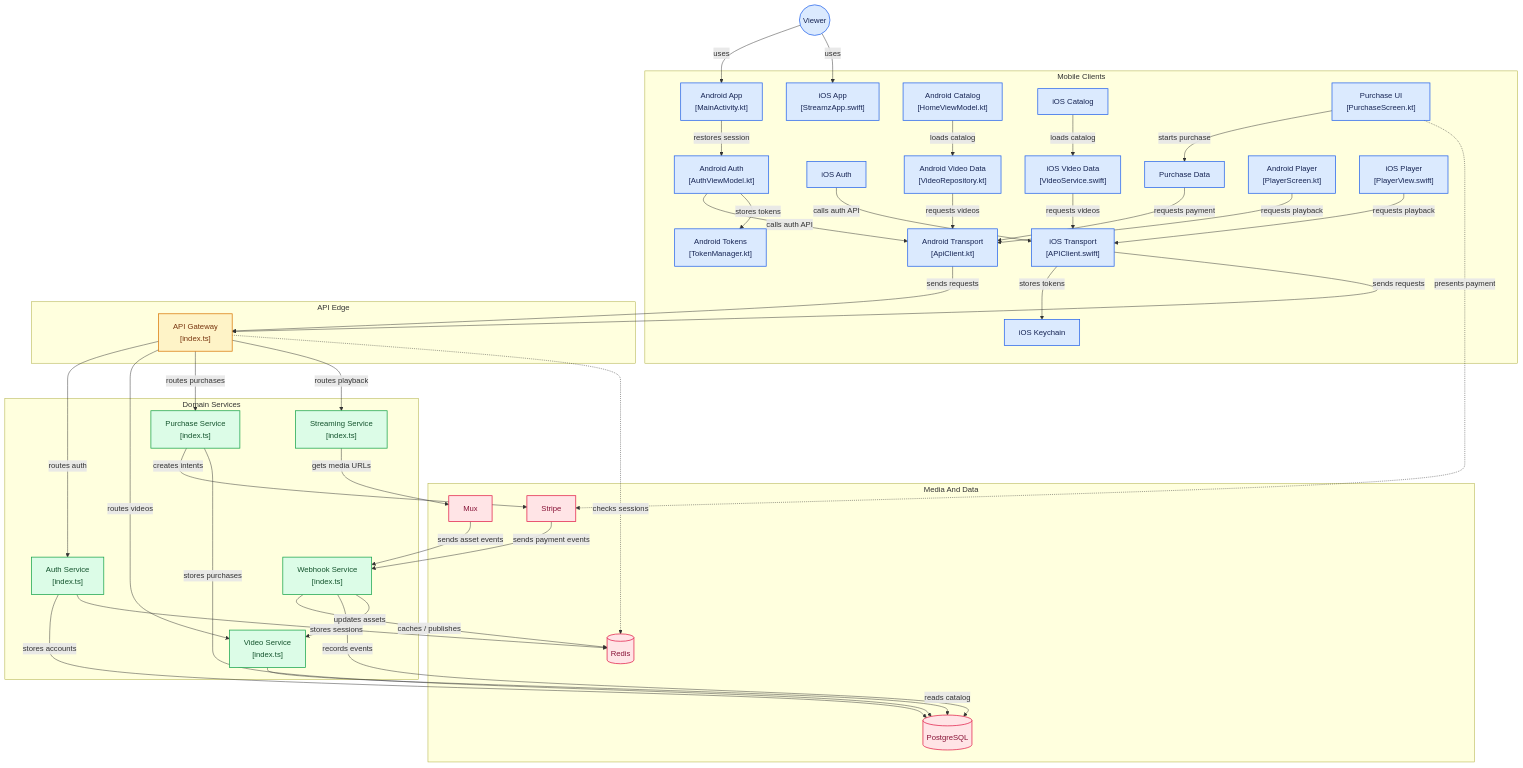
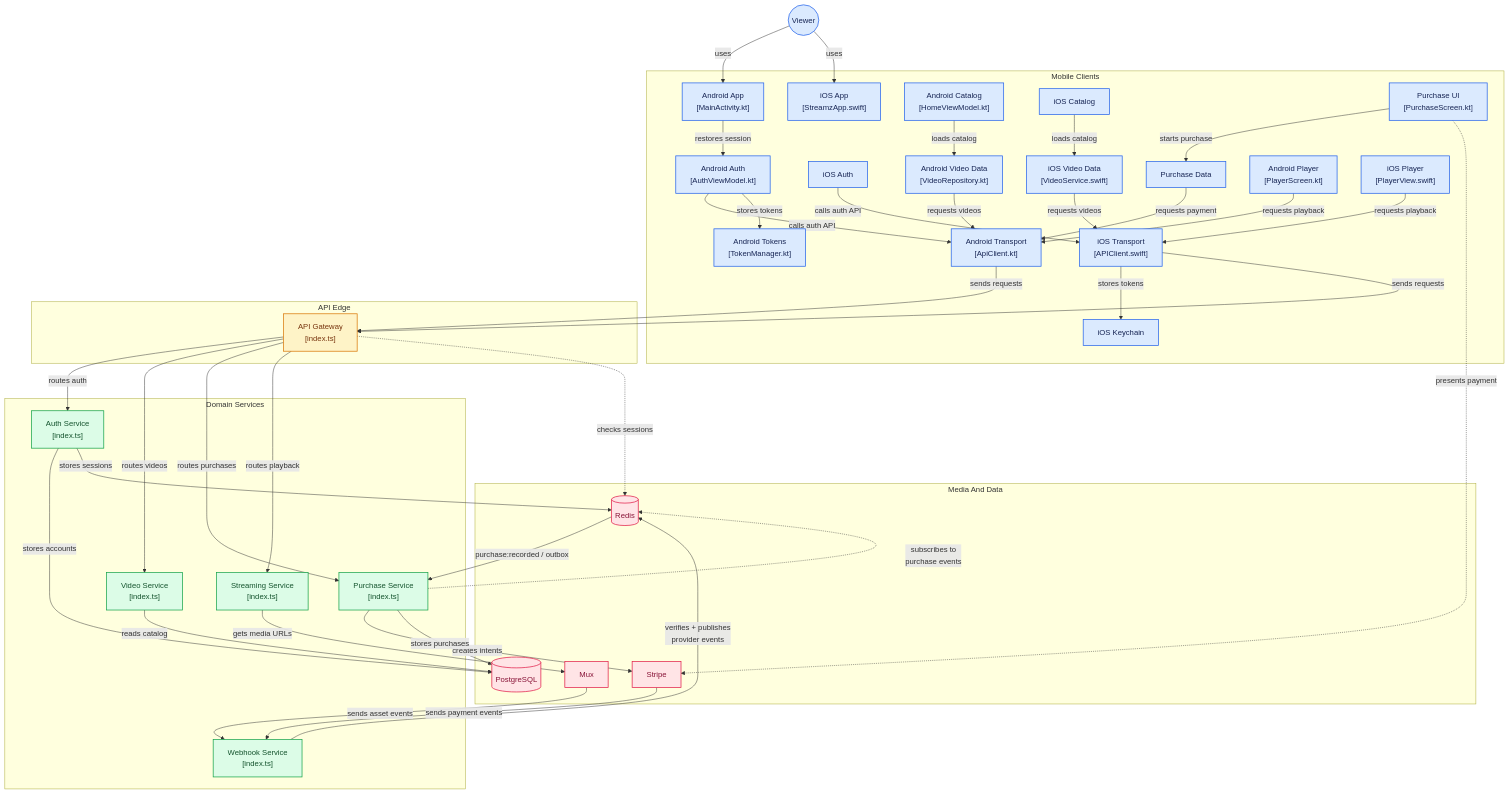
Before and after one commit to ogc16/streamz: the diagram in README.md, drawn with Mermaid. The commit also changed other lines of this file and 35 other files, not shown here.

```diff
--- a/README.md
+++ b/README.md
@@ -94,11 +94,11 @@
 node_purchase_service -->|"creates intents"| node_stripe
 node_purchase_service -->|"stores purchases"| node_postgres
 node_streaming_service -->|"gets media URLs"| node_mux
-node_webhook_service -->|"caches / publishes"| node_redis
+node_webhook_service -->|"verifies + publishes<br/>provider events"| node_redis
 node_stripe -->|"sends payment events"| node_webhook_service
 node_mux -->|"sends asset events"| node_webhook_service
-node_webhook_service -->|"records events"| node_postgres
-node_webhook_service -->|"updates assets"| node_video_service
+node_redis -->|"purchase:recorded / outbox"| node_purchase_service
+node_purchase_service -.->|"subscribes to<br/>purchase events"| node_redis
 
 click node_android_app "https://github.com/ogc16/streamz/blob/master/android/app/src/main/java/com/streamz/app/MainActivity.kt"
 click node_ios_app "https://github.com/ogc16/streamz/blob/master/ios/Streamz/StreamzApp.swift"
```
